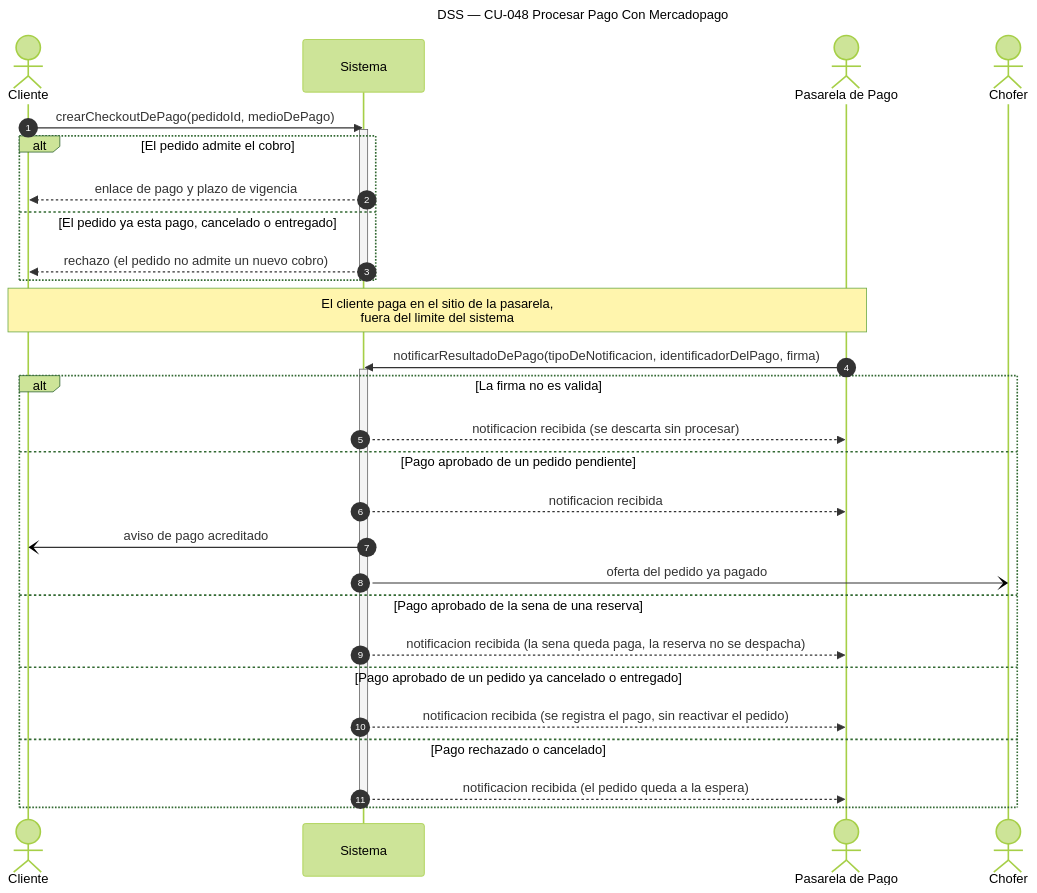
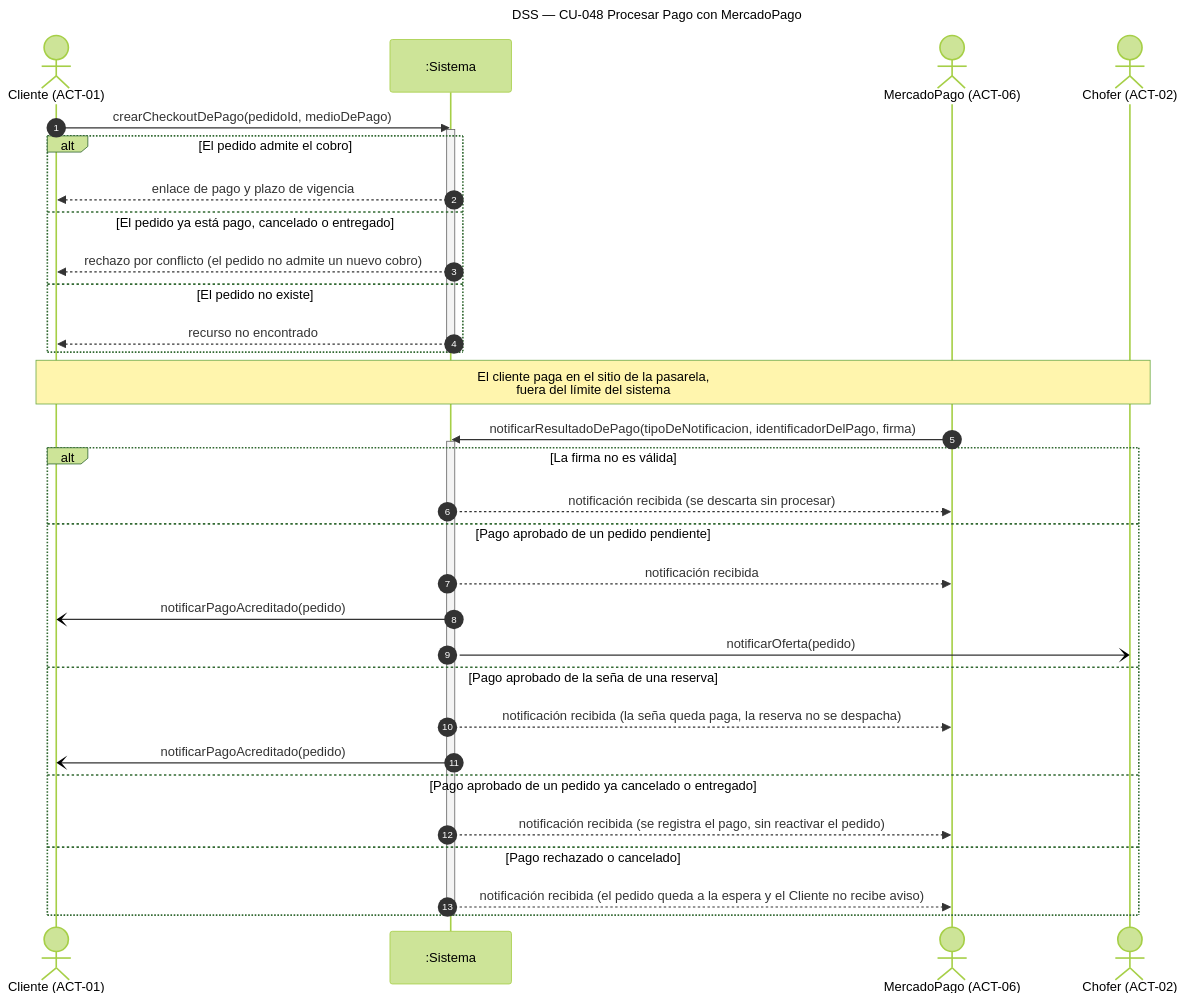
One commit to Nahuelito-Dev/splg-docs changed the diagram in diagramas/DSS_CU-048_Procesar-Pago-Con-Mercadopago.mmd. Above: the diagram before and after it, drawn with Mermaid (forest theme). The commit also changed 2486 other files, not shown here.

First line of the commit message:
docs: notación UML/Larman en todos los artefactos y documentación al día con el sistema

```diff
--- a/diagramas/DSS_CU-048_Procesar-Pago-Con-Mercadopago.mmd
+++ b/diagramas/DSS_CU-048_Procesar-Pago-Con-Mercadopago.mmd
@@ -1,35 +1,38 @@
 sequenceDiagram
-    title DSS — CU-048 Procesar Pago Con Mercadopago
+    title DSS — CU-048 Procesar Pago con MercadoPago
     autonumber
-    actor CLI as Cliente
-    participant SIS as Sistema
-    actor MP as Pasarela de Pago
-    actor CHO as Chofer
+    actor CLI as Cliente (ACT-01)
+    participant SIS as :Sistema
+    actor MP as MercadoPago (ACT-06)
+    actor CHO as Chofer (ACT-02)
 
     CLI->>SIS: crearCheckoutDePago(pedidoId, medioDePago)
     activate SIS
     alt El pedido admite el cobro
         SIS-->>CLI: enlace de pago y plazo de vigencia
-    else El pedido ya esta pago, cancelado o entregado
-        SIS-->>CLI: rechazo (el pedido no admite un nuevo cobro)
+    else El pedido ya está pago, cancelado o entregado
+        SIS-->>CLI: rechazo por conflicto (el pedido no admite un nuevo cobro)
+    else El pedido no existe
+        SIS-->>CLI: recurso no encontrado
     end
     deactivate SIS
 
-    Note over CLI,MP: El cliente paga en el sitio de la pasarela,<br/>fuera del limite del sistema
+    Note over CLI,CHO: El cliente paga en el sitio de la pasarela,<br/>fuera del límite del sistema
 
     MP->>SIS: notificarResultadoDePago(tipoDeNotificacion, identificadorDelPago, firma)
     activate SIS
-    alt La firma no es valida
-        SIS-->>MP: notificacion recibida (se descarta sin procesar)
+    alt La firma no es válida
+        SIS-->>MP: notificación recibida (se descarta sin procesar)
     else Pago aprobado de un pedido pendiente
-        SIS-->>MP: notificacion recibida
-        SIS-)CLI: aviso de pago acreditado
-        SIS-)CHO: oferta del pedido ya pagado
-    else Pago aprobado de la sena de una reserva
-        SIS-->>MP: notificacion recibida (la sena queda paga, la reserva no se despacha)
+        SIS-->>MP: notificación recibida
+        SIS-)CLI: notificarPagoAcreditado(pedido)
+        SIS-)CHO: notificarOferta(pedido)
+    else Pago aprobado de la seña de una reserva
+        SIS-->>MP: notificación recibida (la seña queda paga, la reserva no se despacha)
+        SIS-)CLI: notificarPagoAcreditado(pedido)
     else Pago aprobado de un pedido ya cancelado o entregado
-        SIS-->>MP: notificacion recibida (se registra el pago, sin reactivar el pedido)
+        SIS-->>MP: notificación recibida (se registra el pago, sin reactivar el pedido)
     else Pago rechazado o cancelado
-        SIS-->>MP: notificacion recibida (el pedido queda a la espera)
+        SIS-->>MP: notificación recibida (el pedido queda a la espera y el Cliente no recibe aviso)
     end
     deactivate SIS
```
